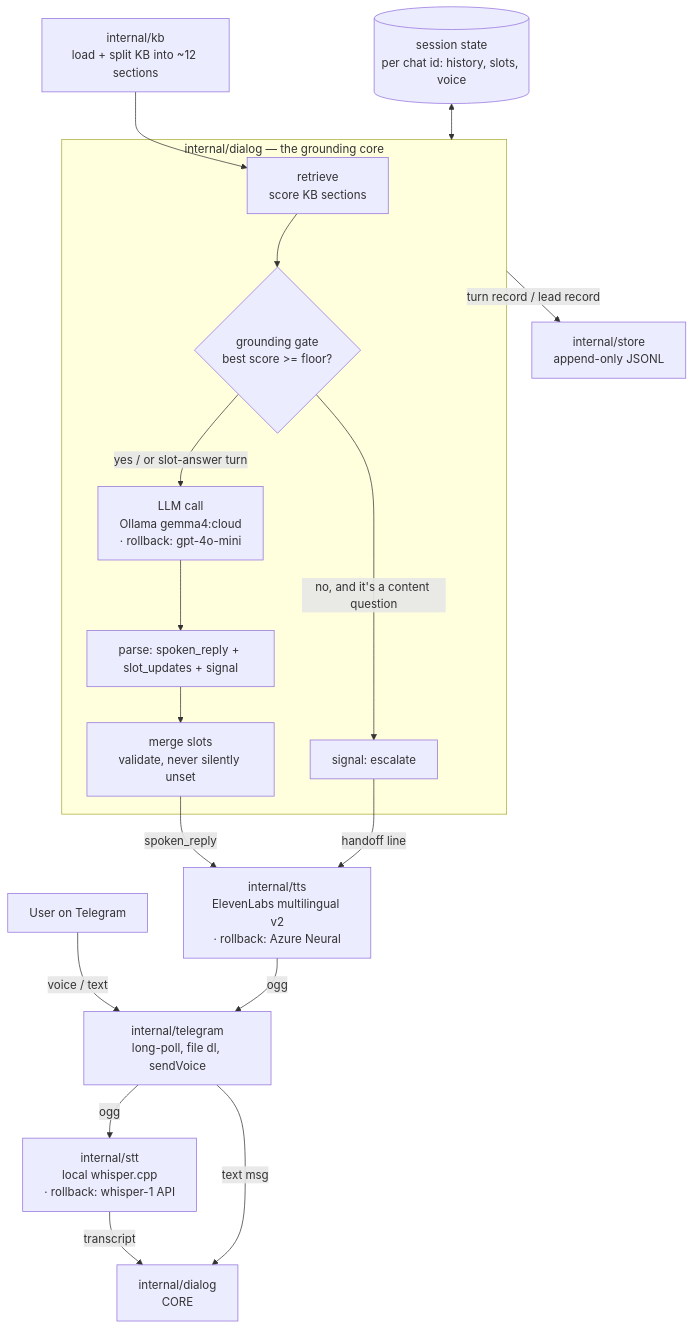
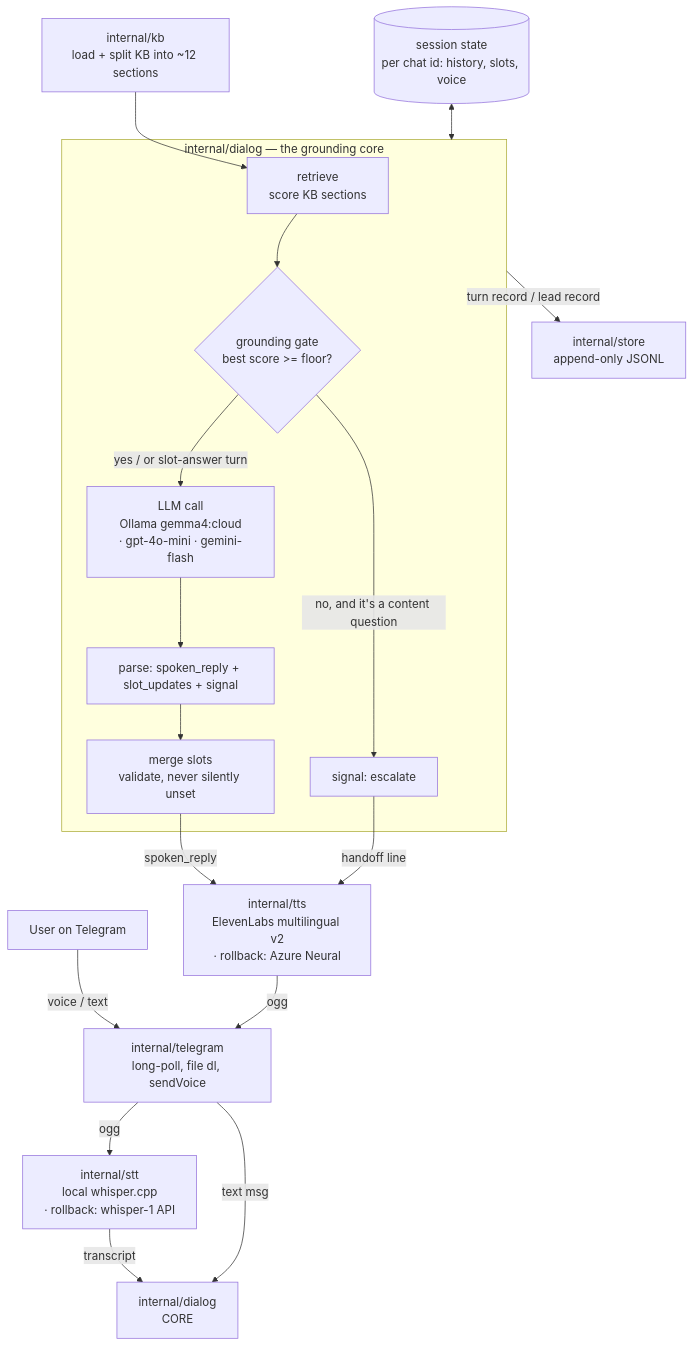
The diagram in docs/architecture.md (valpere/v2v-demo), drawn with Mermaid before and after one commit. The commit also changed other lines of this file and 4 other files, not shown here.

````diff
--- a/docs/architecture.md
+++ b/docs/architecture.md
@@ -32,23 +32,23 @@
 ```mermaid
 flowchart TD
     U[User on Telegram] -->|voice / text| TG[internal/telegram\nlong-poll, file dl, sendVoice]
     TG -->|ogg| STT[internal/stt\nlocal whisper.cpp\n· rollback: whisper-1 API]
     STT -->|transcript| D[internal/dialog\nCORE]
     TG -->|text msg| D
 
     subgraph CORE [internal/dialog — the grounding core]
         R[retrieve\nscore KB sections] --> G{grounding gate\nbest score >= floor?}
         G -->|no, and it's a content question| ESC[signal: escalate]
-        G -->|yes / or slot-answer turn| LLM[LLM call\nOllama gemma4:cloud\n· rollback: gpt-4o-mini]
+        G -->|yes / or slot-answer turn| LLM[LLM call\nOllama gemma4:cloud\n· gpt-4o-mini · gemini-flash]
         LLM --> P[parse: spoken_reply + slot_updates + signal]
         P --> M[merge slots\nvalidate, never silently unset]
     end
 
     KB[internal/kb\nload + split KB into ~12 sections] --> R
     S[(session state\nper chat id: history, slots, voice)] <--> CORE
 
     M -->|spoken_reply| TTS[internal/tts\nElevenLabs multilingual v2\n· rollback: Azure Neural]
     ESC -->|handoff line| TTS
     TTS -->|ogg| TG
     CORE -->|turn record / lead record| LOG[internal/store\nappend-only JSONL]
 ```
````
